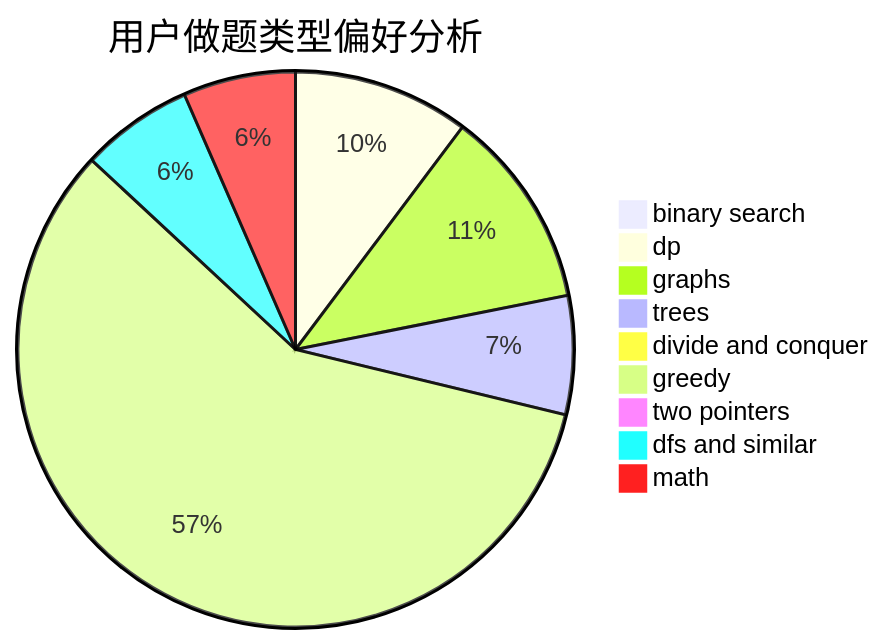
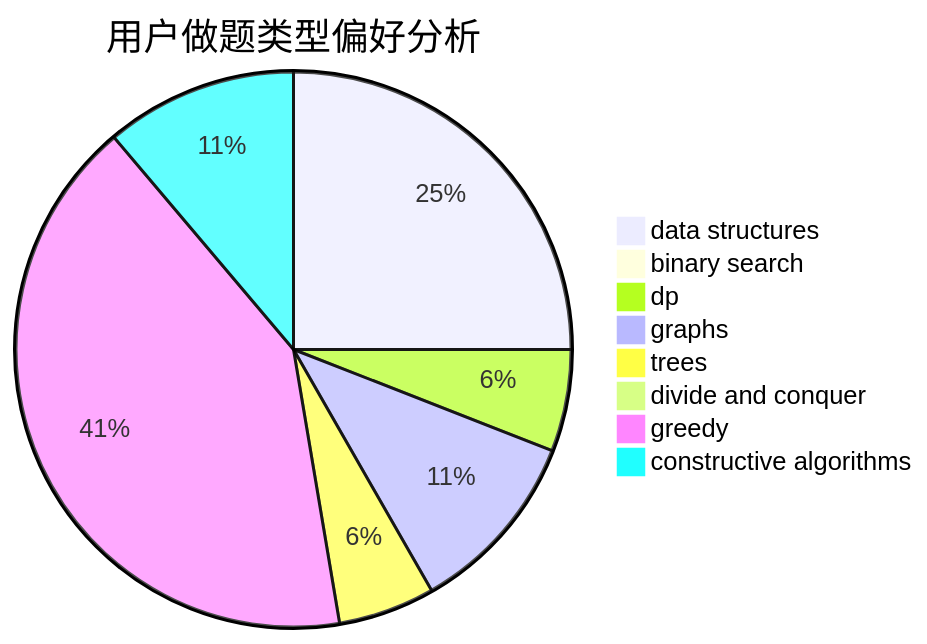
The second of 3 diagrams in docs/user/u699.md (sherpahu/cfrs.github.io), drawn with Mermaid before and after one commit. The commit also changed other lines of this file and 2775 other files, not shown here.

````diff
--- a/docs/user/u699.md
+++ b/docs/user/u699.md
@@ -23,12 +23,11 @@
 ```mermaid
 pie title 用户做题类型偏好分析
-    "binary search" :  12
-    "dp" :  141
-    "graphs" :  160
-    "trees" :  95
+    "data structures" :  320
+    "binary search" :  6
+    "dp" :  76
+    "graphs" :  138
+    "trees" :  72
     "divide and conquer" :  5
-    "greedy" :  800
-    "two pointers" :  3
-    "dfs and similar" :  90
-    "math" :  90
+    "greedy" :  531
+    "constructive algorithms" :  143
 ```
````
